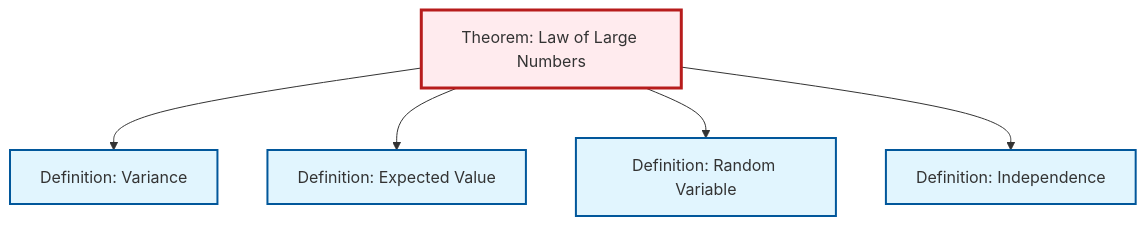
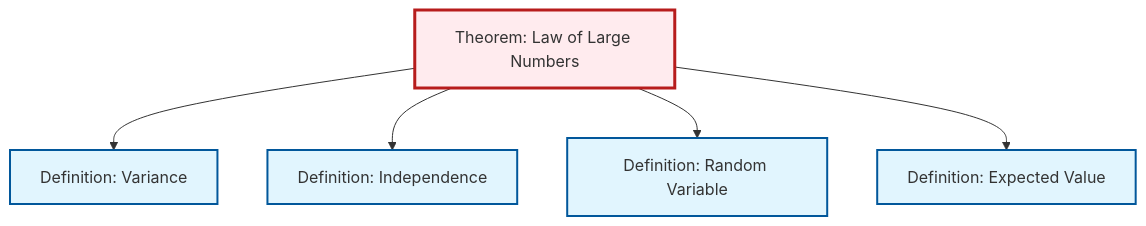
The second of 2 diagrams in content/en/probability-statistics/thm-law-of-large-numbers.qmd (RK0429/ModernMath), drawn with Mermaid before and after one commit. The commit also changed other lines of this file and 619 other files, not shown here.

````diff
--- a/content/en/probability-statistics/thm-law-of-large-numbers.qmd
+++ b/content/en/probability-statistics/thm-law-of-large-numbers.qmd
@@ -88,23 +88,23 @@
 ```{mermaid}
 %%| fig-cap: "Local dependency graph"
 graph TD
     classDef definition fill:#e1f5fe,stroke:#01579b,stroke-width:2px
     classDef theorem fill:#f3e5f5,stroke:#4a148c,stroke-width:2px
     classDef axiom fill:#fff3e0,stroke:#e65100,stroke-width:2px
     classDef example fill:#e8f5e9,stroke:#1b5e20,stroke-width:2px
     classDef current fill:#ffebee,stroke:#b71c1c,stroke-width:3px
     thm-law-of-large-numbers["Theorem: Law of Large Numbers"]:::theorem
-    def-variance["Definition: Variance"]:::definition
     def-expectation["Definition: Expected Value"]:::definition
     def-random-variable["Definition: Random Variable"]:::definition
+    def-variance["Definition: Variance"]:::definition
     def-independence["Definition: Independence"]:::definition
     thm-law-of-large-numbers --> def-variance
+    thm-law-of-large-numbers --> def-independence
+    thm-law-of-large-numbers --> def-random-variable
     thm-law-of-large-numbers --> def-expectation
-    thm-law-of-large-numbers --> def-random-variable
-    thm-law-of-large-numbers --> def-independence
     class thm-law-of-large-numbers current
-    click def-variance "def-variance.html" "Go to Variance definition"
     click def-expectation "def-expectation.html" "Go to Expected Value definition"
     click def-random-variable "def-random-variable.html" "Go to Random Variable definition"
+    click def-variance "def-variance.html" "Go to Variance definition"
     click def-independence "def-independence.html" "Go to Independence definition"
 ```
````
